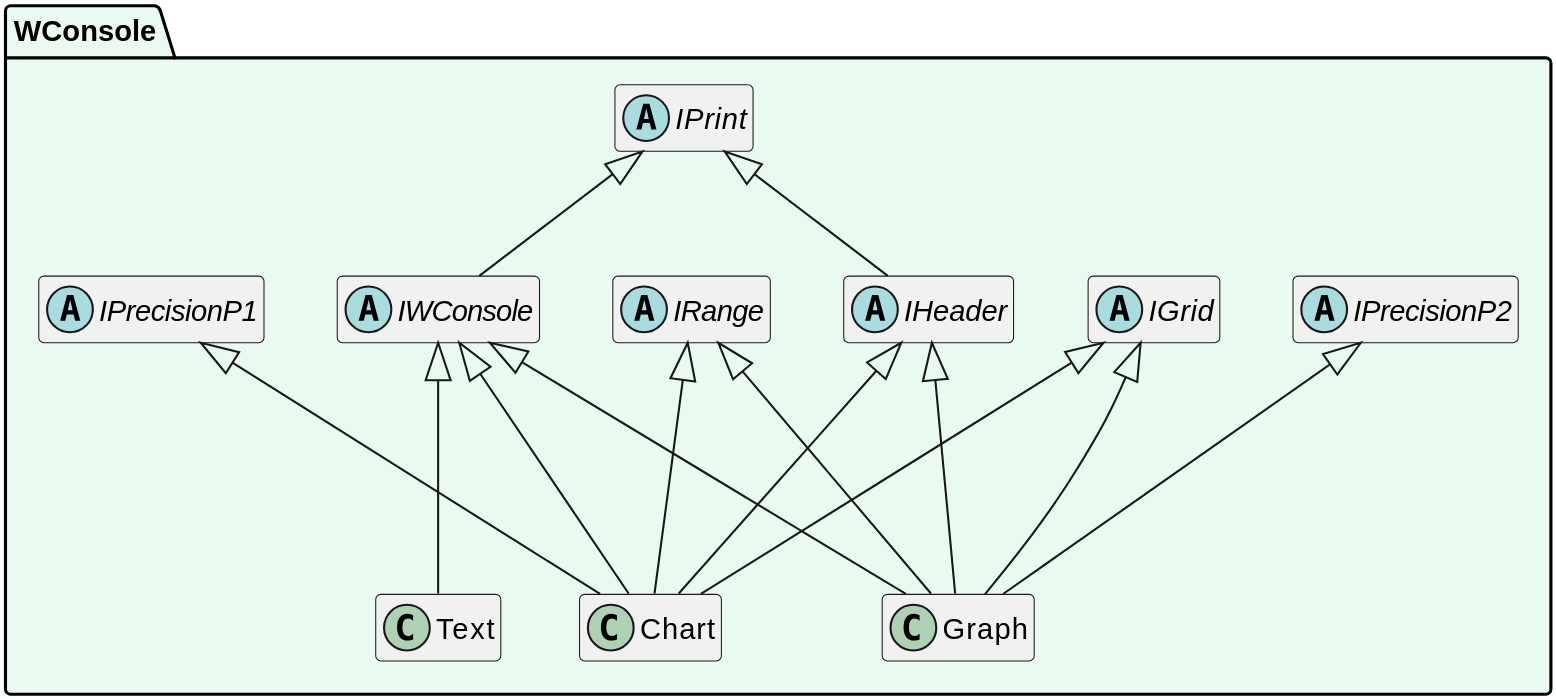
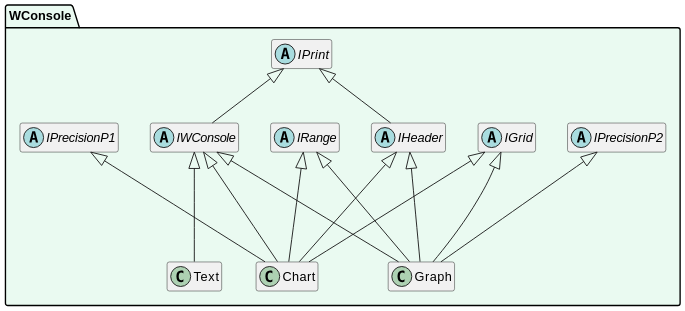
One commit to SergioStopkin/WideConsole changed the diagram in doc/UMLClass.md. Above: the diagram before and after it, drawn with PlantUML.

Commit message:
Test some styles

````diff
--- a/doc/UMLClass.md
+++ b/doc/UMLClass.md
@@ -1,41 +1,42 @@
 ```plantuml
 @startuml
 
-scale 30
+scale 1200 width
+scale 600 height
 
 hide empty members
 
 namespace WConsole #EAFAF1 {
 
 abstract class IGrid
 abstract class IHeader
 abstract class IPrecisionP1
 abstract class IPrecisionP2
 abstract class IPrint
 abstract class IRange
 abstract class IWConsole
 class Chart
 class Graph
 class Text
 
 IPrint <|-- IHeader
 IPrint <|-- IWConsole
 
 IWConsole    <|--- Chart
 IHeader      <|--- Chart
 IPrecisionP1 <|---  Chart
 IRange       <|---  Chart
 IGrid        <|---  Chart
 
 IWConsole    <|--- Graph
 IHeader      <|--- Graph
 IPrecisionP2 <|---  Graph
 IRange       <|---  Graph
 IGrid        <|---  Graph
 
 IWConsole <|--- Text
 
 }
 
 @enduml
 ```
````
